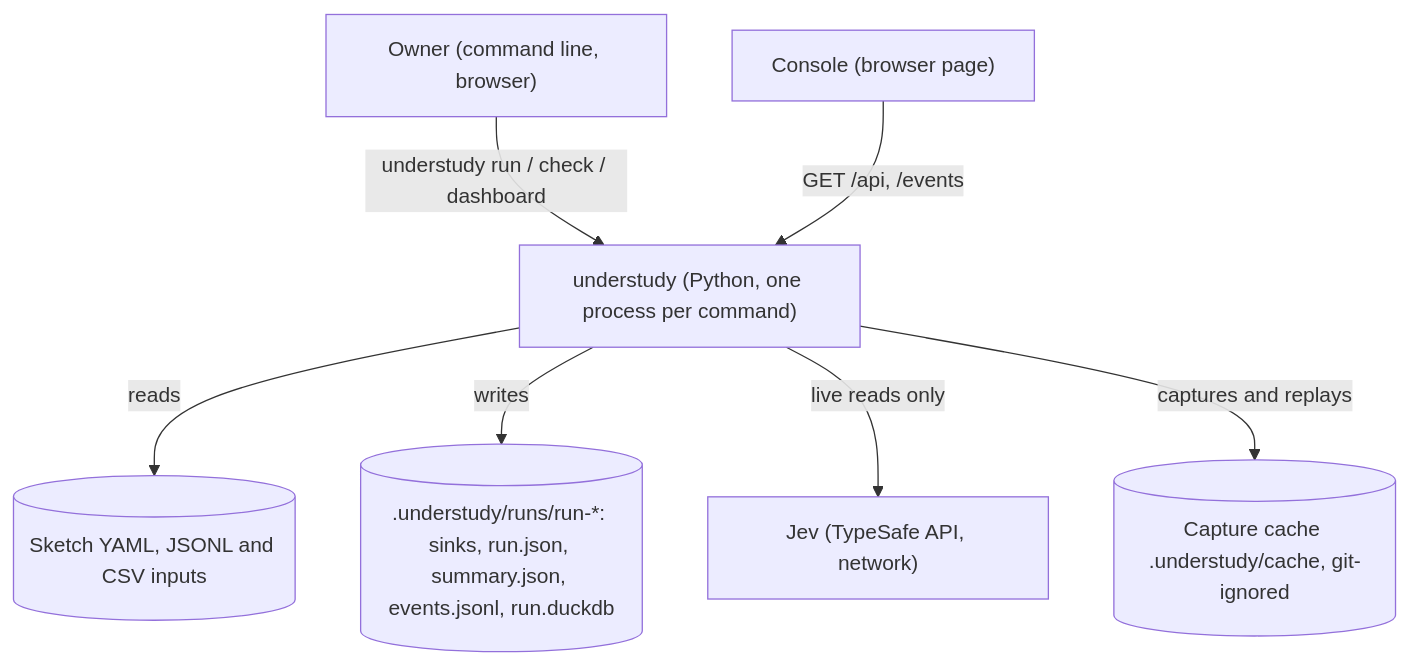
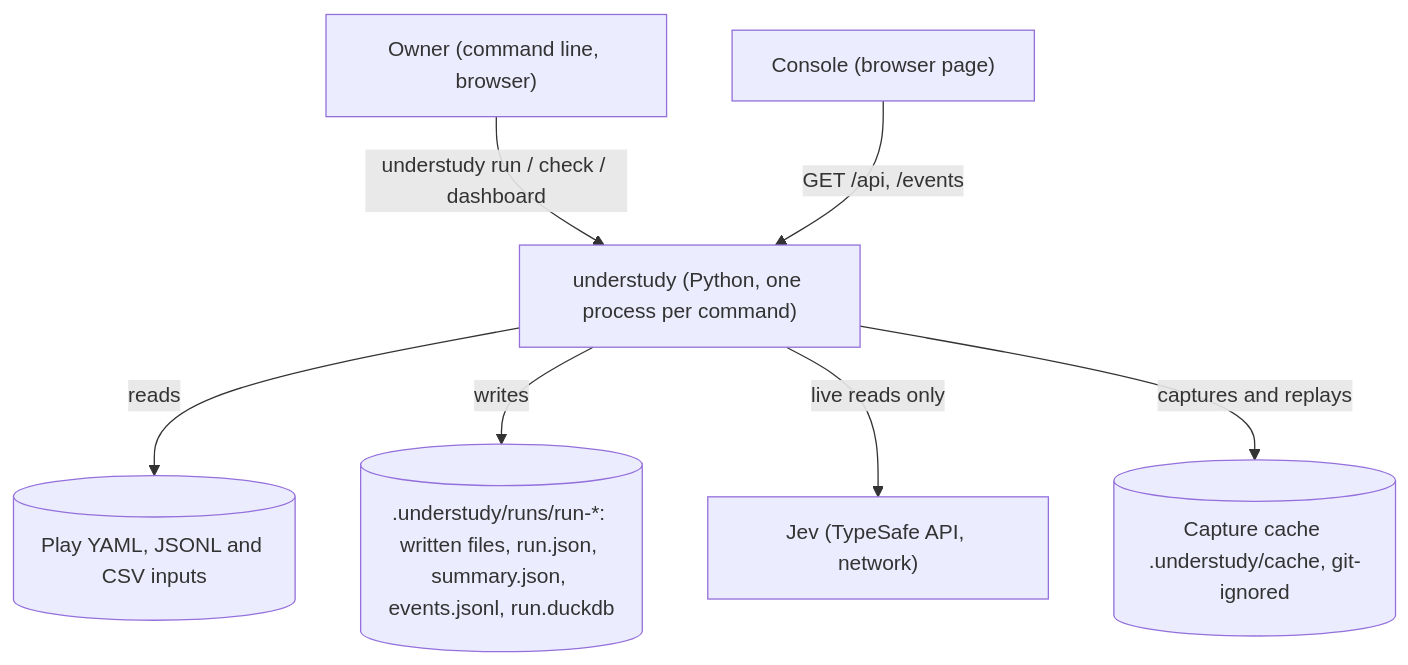
One commit to drusifer/understudy changed the first of 2 diagrams in docs/ARCH.md. Above: the diagram before and after it, drawn with Mermaid. The commit also changed other lines of this file and 8 other files, not shown here.

````diff
--- a/docs/ARCH.md
+++ b/docs/ARCH.md
@@ -20,9 +20,9 @@
 ```mermaid
 graph TD
     Owner["Owner (command line, browser)"] -->|"understudy run / check / dashboard"| App["understudy (Python, one process per command)"]
-    App -->|"reads"| Files[("Sketch YAML, JSONL and CSV inputs")]
-    App -->|"writes"| Runs[(".understudy/runs/run-*: sinks, run.json, summary.json, events.jsonl, run.duckdb")]
+    App -->|"reads"| Files[("Play YAML, JSONL and CSV inputs")]
+    App -->|"writes"| Runs[(".understudy/runs/run-*: written files, run.json, summary.json, events.jsonl, run.duckdb")]
     App -->|"live reads only"| Jev["Jev (TypeSafe API, network)"]
     App -->|"captures and replays"| Cache[("Capture cache .understudy/cache, git-ignored")]
     Console["Console (browser page)"] -->|"GET /api, /events"| App
 ```
````
